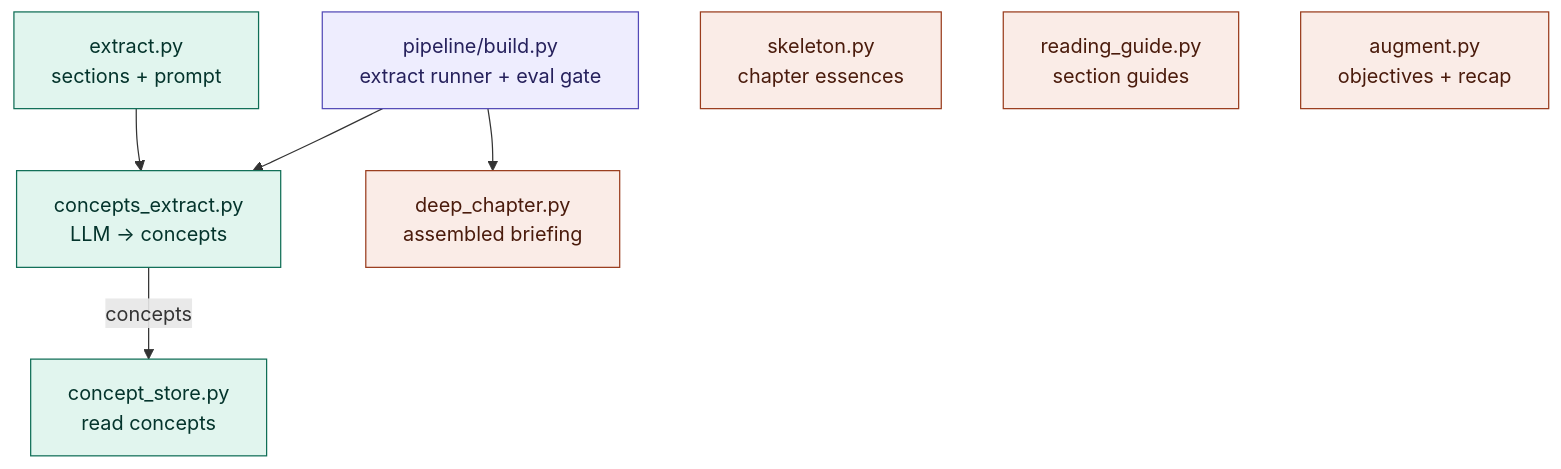
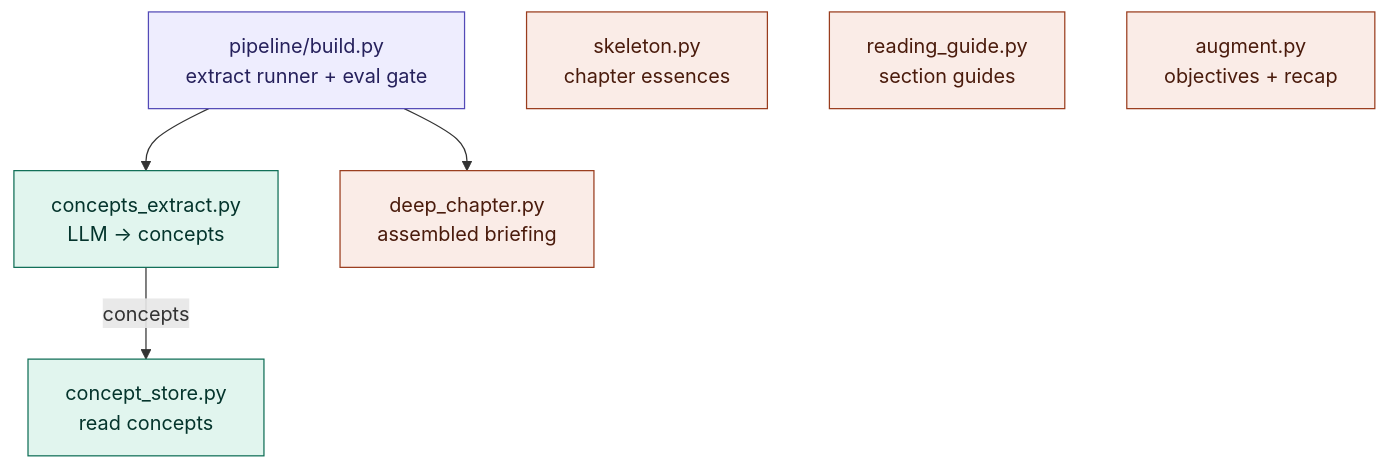
Before and after one commit to Aiden-Ferrante/learnhub-core: the fourth of 4 diagrams in MAP.md, drawn with Mermaid. The commit also changed other lines of this file and 16 other files, not shown here.

````diff
--- a/MAP.md
+++ b/MAP.md
@@ -335,32 +331,29 @@
 ```mermaid
 flowchart TD
   build["pipeline/build.py<br/>extract runner + eval gate"]
-  extract["extract.py<br/>sections + prompt"]
   concepts["concepts_extract.py<br/>LLM → concepts"]
   store["concept_store.py<br/>read concepts"]
   deep["deep_chapter.py<br/>assembled briefing"]
   skeleton["skeleton.py<br/>chapter essences"]
   guide["reading_guide.py<br/>section guides"]
   augment["augment.py<br/>objectives + recap"]
 
   build --> concepts
   build --> deep
-  extract --> concepts
   concepts -->|concepts| store
 
   classDef trig fill:#EEEDFE,stroke:#534AB7,color:#26215C;
   classDef core fill:#E1F5EE,stroke:#0F6E56,color:#04342C;
   classDef pass fill:#FAECE7,stroke:#993C1D,color:#4A1B0C;
   class build trig;
-  class extract,concepts,store core;
+  class concepts,store core;
   class deep,skeleton,guide,augment pass;
 
   click build "https://github.com/Aiden-Ferrante/learnhub/blob/main/backend/app/pipeline/build.py"
-  click extract "https://github.com/Aiden-Ferrante/learnhub/blob/main/backend/app/extraction/extract.py"
   click concepts "https://github.com/Aiden-Ferrante/learnhub/blob/main/backend/app/extraction/concepts_extract.py"
   click store "https://github.com/Aiden-Ferrante/learnhub/blob/main/backend/app/extraction/concept_store.py"
   click deep "https://github.com/Aiden-Ferrante/learnhub/blob/main/backend/app/extraction/deep_chapter.py"
   click skeleton "https://github.com/Aiden-Ferrante/learnhub/blob/main/backend/app/extraction/skeleton.py"
   click guide "https://github.com/Aiden-Ferrante/learnhub/blob/main/backend/app/extraction/reading_guide.py"
   click augment "https://github.com/Aiden-Ferrante/learnhub/blob/main/backend/app/extraction/augment.py"
 ```
````
